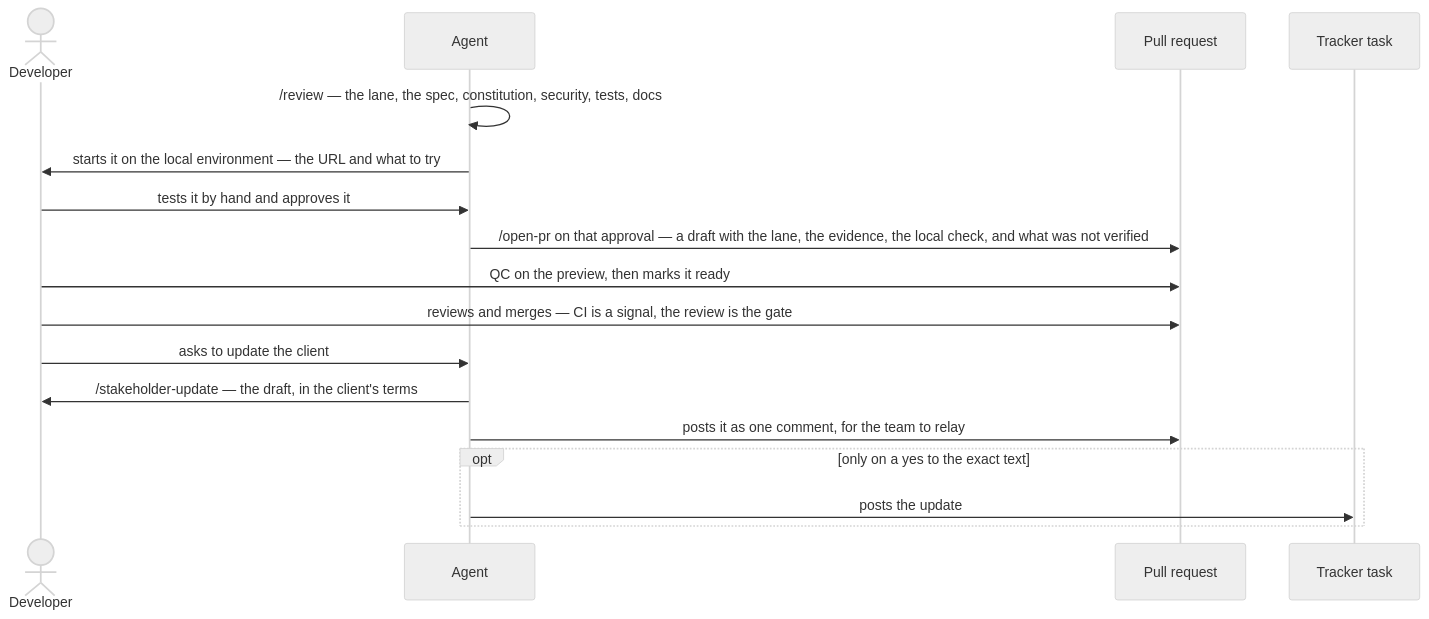
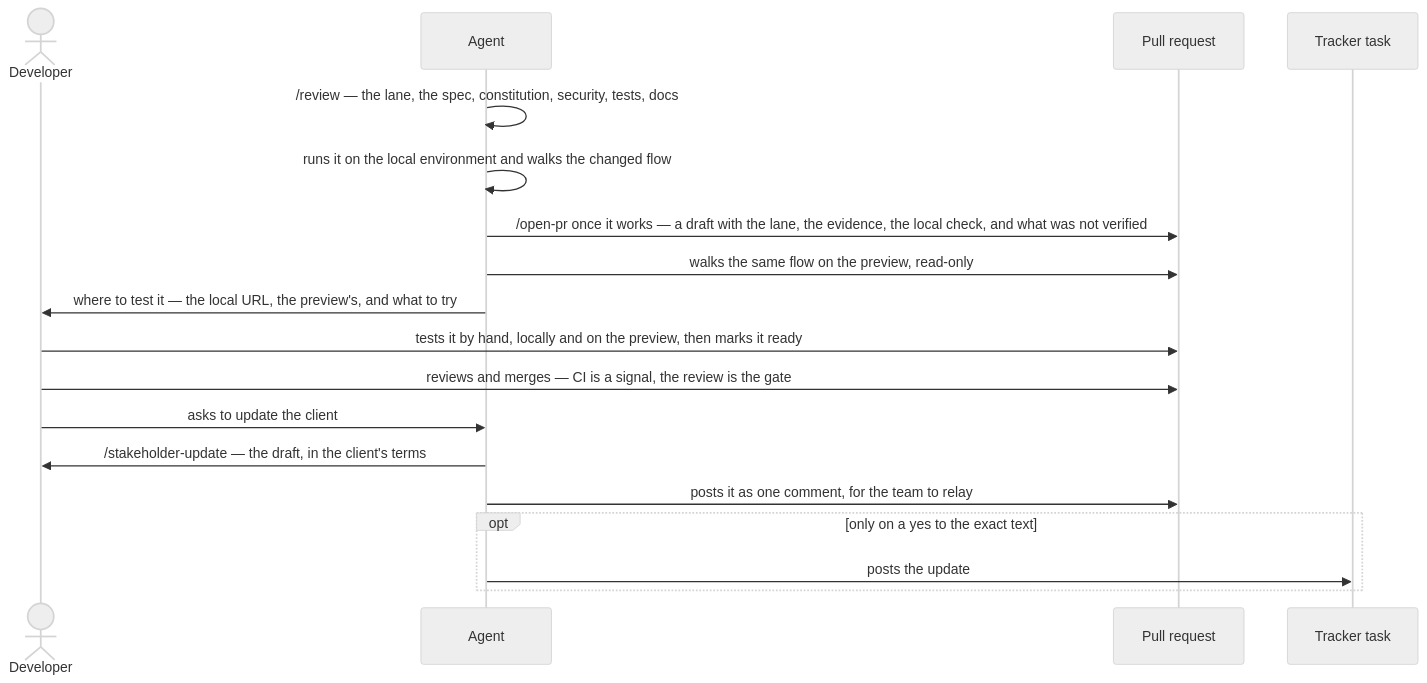
One commit to Aplyca/AgenticDevelopmentFramework changed the fourth of 6 diagrams in README.md. Above: the diagram before and after it, drawn with Mermaid (neutral theme). The commit also changed 35 other files, not shown here.

First line of the commit message:
feat: the agent's own local check opens the draft; the developer tests after it (#94)

````diff
--- a/README.md
+++ b/README.md
@@ -295,19 +295,20 @@
 ```mermaid
 sequenceDiagram
     actor Dev as Developer
     participant Agent
     participant PR as Pull request
     participant Tracker as Tracker task
     Agent->>Agent: /review — the lane, the spec, constitution, security, tests, docs
-    Agent->>Dev: starts it on the local environment — the URL and what to try
-    Dev->>Agent: tests it by hand and approves it
-    Agent->>PR: /open-pr on that approval — a draft with the lane, the evidence, the local check, and what was not verified
-    Dev->>PR: QC on the preview, then marks it ready
+    Agent->>Agent: runs it on the local environment and walks the changed flow
+    Agent->>PR: /open-pr once it works — a draft with the lane, the evidence, the local check, and what was not verified
+    Agent->>PR: walks the same flow on the preview, read-only
+    Agent->>Dev: where to test it — the local URL, the preview's, and what to try
+    Dev->>PR: tests it by hand, locally and on the preview, then marks it ready
     Dev->>PR: reviews and merges — CI is a signal, the review is the gate
     Dev->>Agent: asks to update the client
     Agent->>Dev: /stakeholder-update — the draft, in the client's terms
     Agent->>PR: posts it as one comment, for the team to relay
     opt only on a yes to the exact text
         Agent->>Tracker: posts the update
     end
 ```
````
